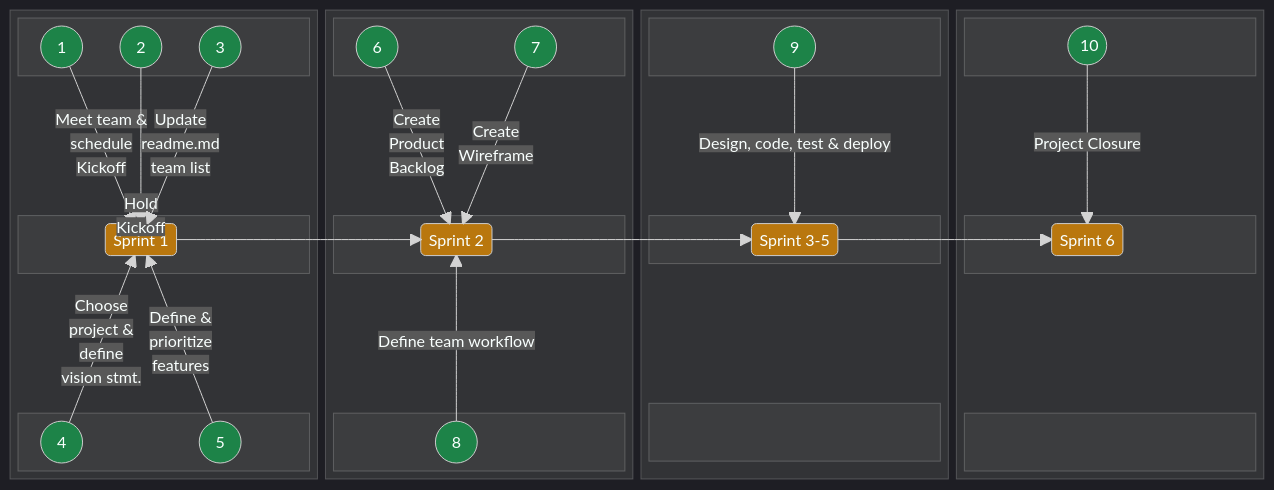
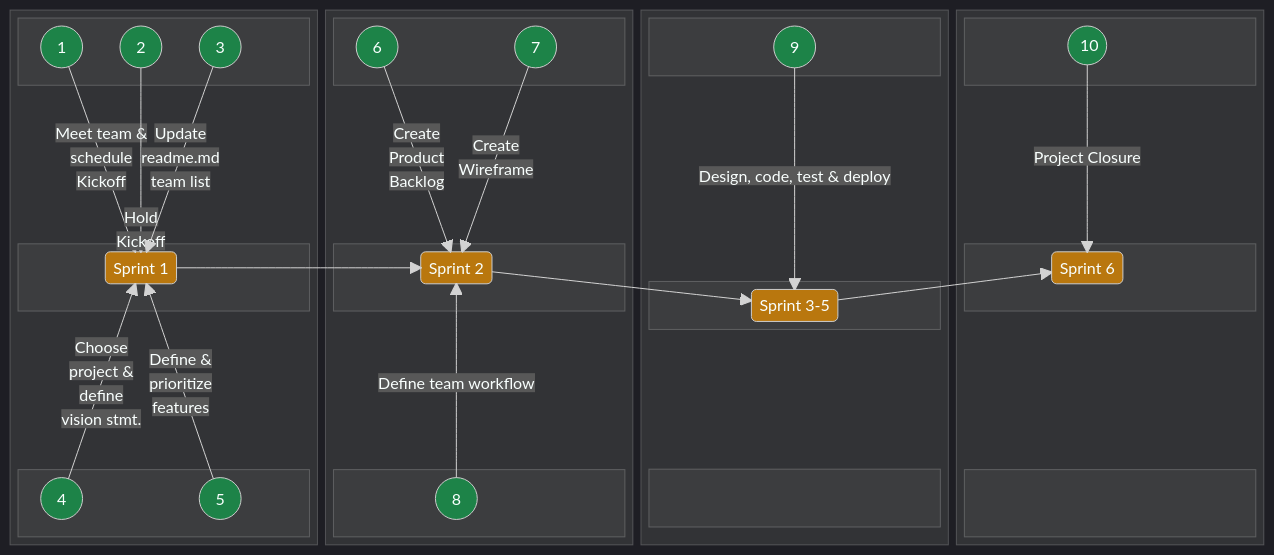
Before and after one commit to jdmedlock/mermaid_testing: the second of 2 diagrams in README.md, drawn with Mermaid.

Commit message:
Feature: Experiment with horizontal block diagram layout

```diff
--- a/README.md
+++ b/README.md
@@ -169,6 +169,7 @@
       end
       space
       space
+      space
       block:B3CENTER
         columns 3
         space
```
